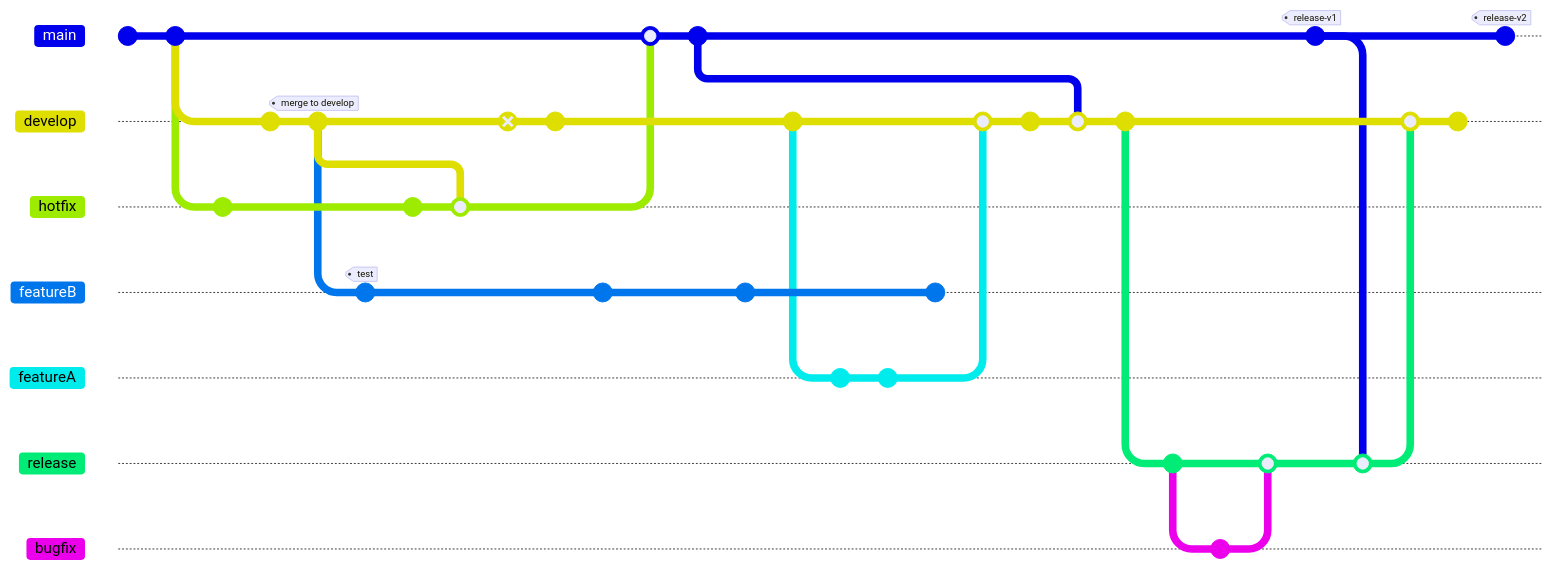
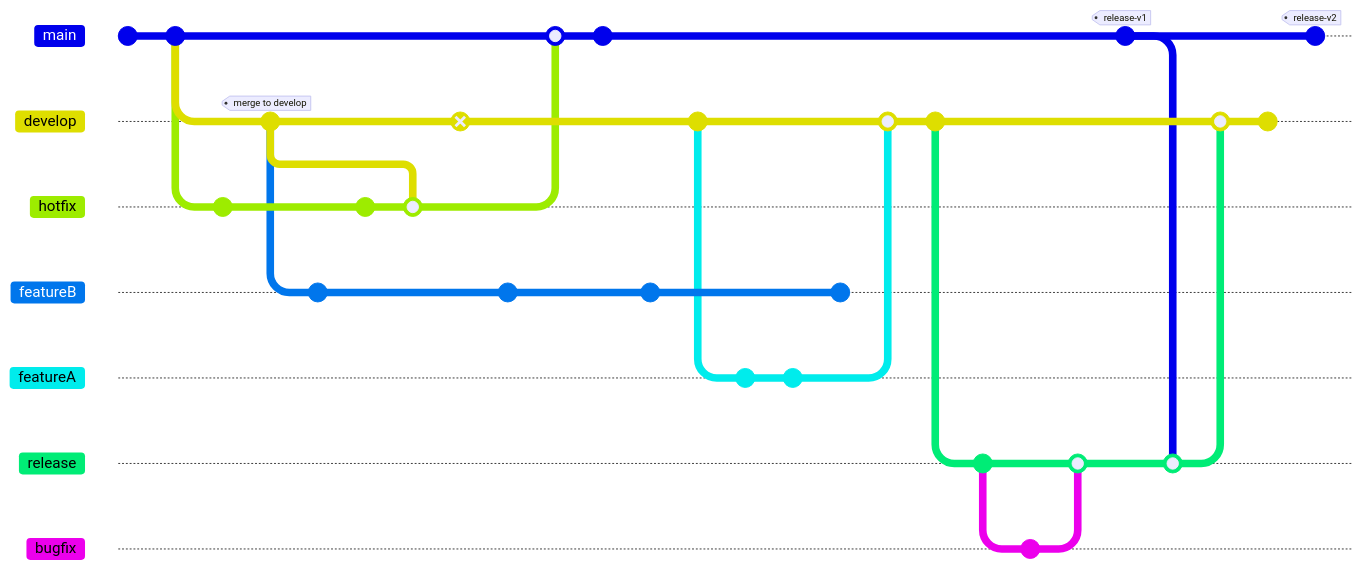
One commit to mevijays/training-k8s changed the diagram in branch.md. Above: the diagram before and after it, drawn with Mermaid. Commit ids are hidden.

````diff
--- a/branch.md
+++ b/branch.md
@@ -2,61 +2,57 @@
  ```mermaid
        gitGraph
         commit id: "Start"
         commit id: "Branch from main"
         branch develop
         branch hotfix
         checkout hotfix
-        commit
+        commit id:"fix-A"
         checkout develop
-        commit
         commit id:"ash" tag:"merge to develop"
         branch featureB
         checkout featureB
-        commit tag:"test"
+        commit id:"JIRA-A"
         checkout main
         checkout hotfix
-        commit type:NORMAL id:"test2"
+        commit type:NORMAL id:"fix-B"
         checkout hotfix
         merge develop
         checkout develop
         commit type:REVERSE
-        commit id:"vijay"
         checkout featureB
-        commit
+        commit id:"JIRA-B"
         checkout main
         merge hotfix
         commit
         checkout featureB
         commit
         checkout develop
         commit
         branch featureA
         commit
         checkout featureA
         commit
         checkout featureB
         commit
         checkout develop
         merge featureA
-        commit id:"merge to main"
         checkout develop
-        merge main
         commit id:"create release"
         branch release
         checkout release
         commit
         branch bugfix
         checkout bugfix
         commit
         checkout release
         merge bugfix
         checkout main
         commit id:"release-v1" tag:"release-v1"
         checkout release
         merge main
         checkout develop
         merge release
         commit
         checkout main
         commit id:"releasev2" tag:"release-v2"
  ```
````
